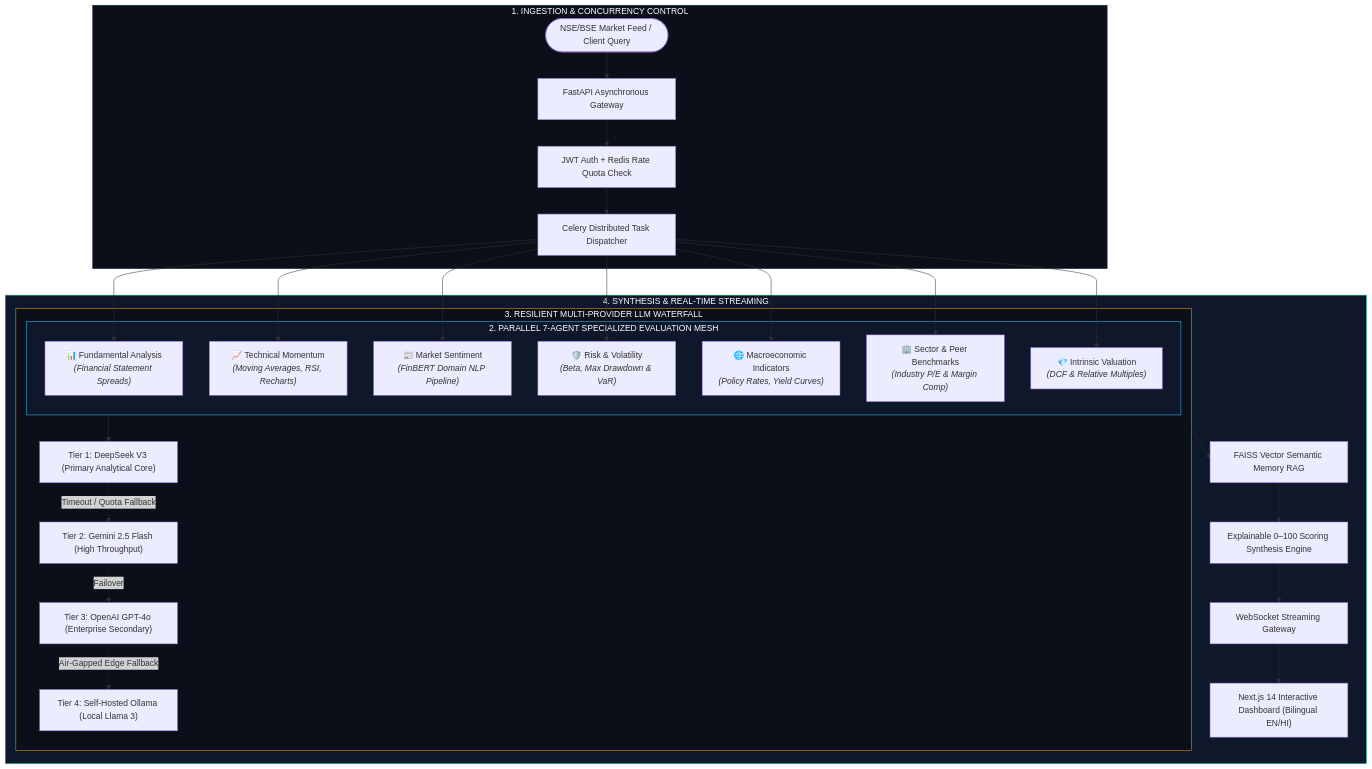
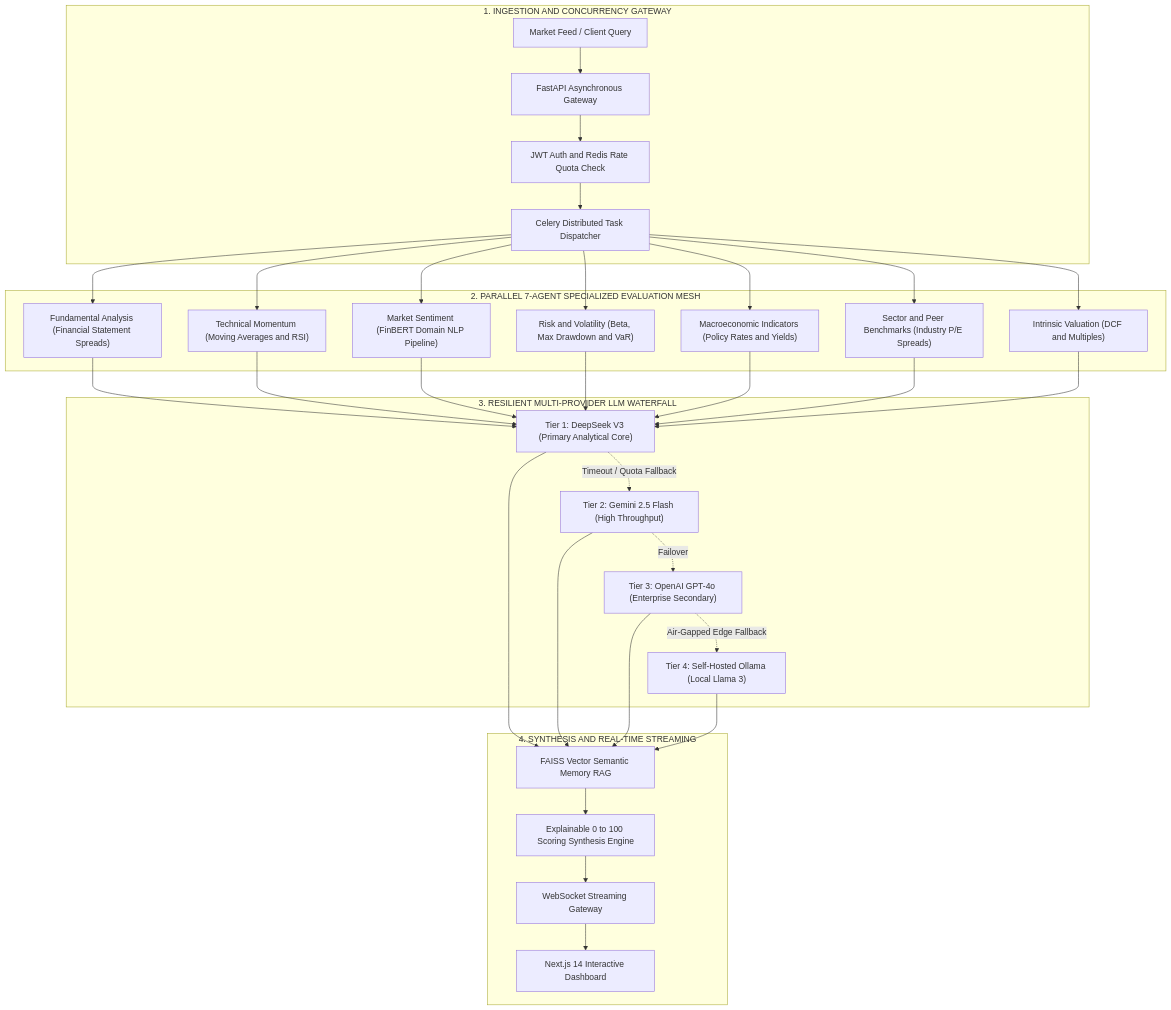
One commit to hkbharti77/hkbharti77 changed the first of 2 diagrams in README.md. Above: the diagram before and after it, drawn with Mermaid. The commit also changed other lines of this file, not shown here.

Commit message:
Fix Mermaid syntax: eliminate subgraph-level edge connections and HTML tags to prevent rendering errors

````diff
--- a/README.md
+++ b/README.md
@@ -123,37 +113,32 @@
 ```mermaid
 flowchart TD
-    subgraph IngestionGateway ["1. INGESTION & CONCURRENCY CONTROL"]
-        UserReq([NSE/BSE Market Feed / Client Query]) --> FastAPIRouter["FastAPI Asynchronous Gateway"]
-        FastAPIRouter --> SessionAuth["JWT Auth + Redis Rate Quota Check"]
+    subgraph Ingestion ["1. INGESTION AND CONCURRENCY GATEWAY"]
+        UserReq["Market Feed / Client Query"] --> FastAPIRouter["FastAPI Asynchronous Gateway"]
+        FastAPIRouter --> SessionAuth["JWT Auth and Redis Rate Quota Check"]
         SessionAuth --> CeleryWorker["Celery Distributed Task Dispatcher"]
     end
 
-    subgraph AgentMesh ["2. PARALLEL 7-AGENT SPECIALIZED EVALUATION MESH"]
-        CeleryWorker --> A1["📊 Fundamental Analysis<br/><i>(Financial Statement Spreads)</i>"]
-        CeleryWorker --> A2["📈 Technical Momentum<br/><i>(Moving Averages, RSI, Recharts)</i>"]
-        CeleryWorker --> A3["📰 Market Sentiment<br/><i>(FinBERT Domain NLP Pipeline)</i>"]
-        CeleryWorker --> A4["🛡️ Risk & Volatility<br/><i>(Beta, Max Drawdown & VaR)</i>"]
-        CeleryWorker --> A5["🌐 Macroeconomic Indicators<br/><i>(Policy Rates, Yield Curves)</i>"]
-        CeleryWorker --> A6["🏢 Sector & Peer Benchmarks<br/><i>(Industry P/E & Margin Comp)</i>"]
-        CeleryWorker --> A7["💎 Intrinsic Valuation<br/><i>(DCF & Relative Multiples)</i>"]
+    subgraph Agents ["2. PARALLEL 7-AGENT SPECIALIZED EVALUATION MESH"]
+        CeleryWorker --> A1["Fundamental Analysis (Financial Statement Spreads)"]
+        CeleryWorker --> A2["Technical Momentum (Moving Averages and RSI)"]
+        CeleryWorker --> A3["Market Sentiment (FinBERT Domain NLP Pipeline)"]
+        CeleryWorker --> A4["Risk and Volatility (Beta, Max Drawdown and VaR)"]
+        CeleryWorker --> A5["Macroeconomic Indicators (Policy Rates and Yields)"]
+        CeleryWorker --> A6["Sector and Peer Benchmarks (Industry P/E Spreads)"]
+        CeleryWorker --> A7["Intrinsic Valuation (DCF and Multiples)"]
     end
 
-    subgraph ResilienceWaterfall ["3. RESILIENT MULTI-PROVIDER LLM WATERFALL"]
-        AgentMesh --> LLM1["Tier 1: DeepSeek V3 (Primary Analytical Core)"]
+    subgraph Waterfall ["3. RESILIENT MULTI-PROVIDER LLM WATERFALL"]
+        A1 & A2 & A3 & A4 & A5 & A6 & A7 --> LLM1["Tier 1: DeepSeek V3 (Primary Analytical Core)"]
         LLM1 -.->|Timeout / Quota Fallback| LLM2["Tier 2: Gemini 2.5 Flash (High Throughput)"]
         LLM2 -.->|Failover| LLM3["Tier 3: OpenAI GPT-4o (Enterprise Secondary)"]
         LLM3 -.->|Air-Gapped Edge Fallback| LLM4["Tier 4: Self-Hosted Ollama (Local Llama 3)"]
     end
 
-    subgraph SynthesisDelivery ["4. SYNTHESIS & REAL-TIME STREAMING"]
-        ResilienceWaterfall --> FAISSRAG["FAISS Vector Semantic Memory RAG"]
-        FAISSRAG --> ScoringEngine["Explainable 0–100 Scoring Synthesis Engine"]
+    subgraph Delivery ["4. SYNTHESIS AND REAL-TIME STREAMING"]
+        LLM1 & LLM2 & LLM3 & LLM4 --> FAISSRAG["FAISS Vector Semantic Memory RAG"]
+        FAISSRAG --> ScoringEngine["Explainable 0 to 100 Scoring Synthesis Engine"]
         ScoringEngine --> WSServer["WebSocket Streaming Gateway"]
-        WSServer --> ClientUI["Next.js 14 Interactive Dashboard (Bilingual EN/HI)"]
+        WSServer --> ClientUI["Next.js 14 Interactive Dashboard"]
     end
-
-    style IngestionGateway fill:#0B0F19,stroke:#1E293B,stroke-width:1px,color:#fff
-    style AgentMesh fill:#0F172A,stroke:#38BDF8,stroke-width:1px,color:#fff
-    style ResilienceWaterfall fill:#0B0F19,stroke:#F59E0B,stroke-width:1px,color:#fff
-    style SynthesisDelivery fill:#0F172A,stroke:#10B981,stroke-width:1px,color:#fff
 ```
````
